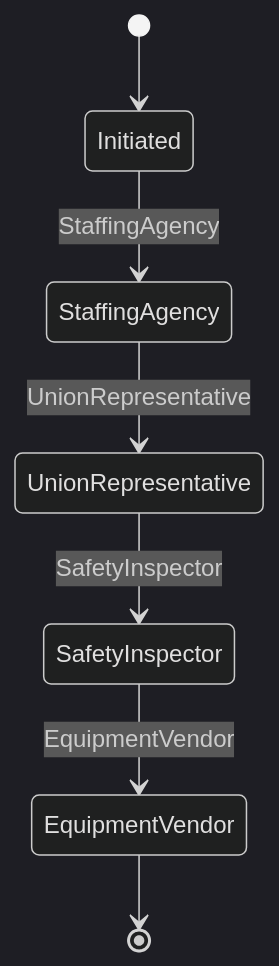
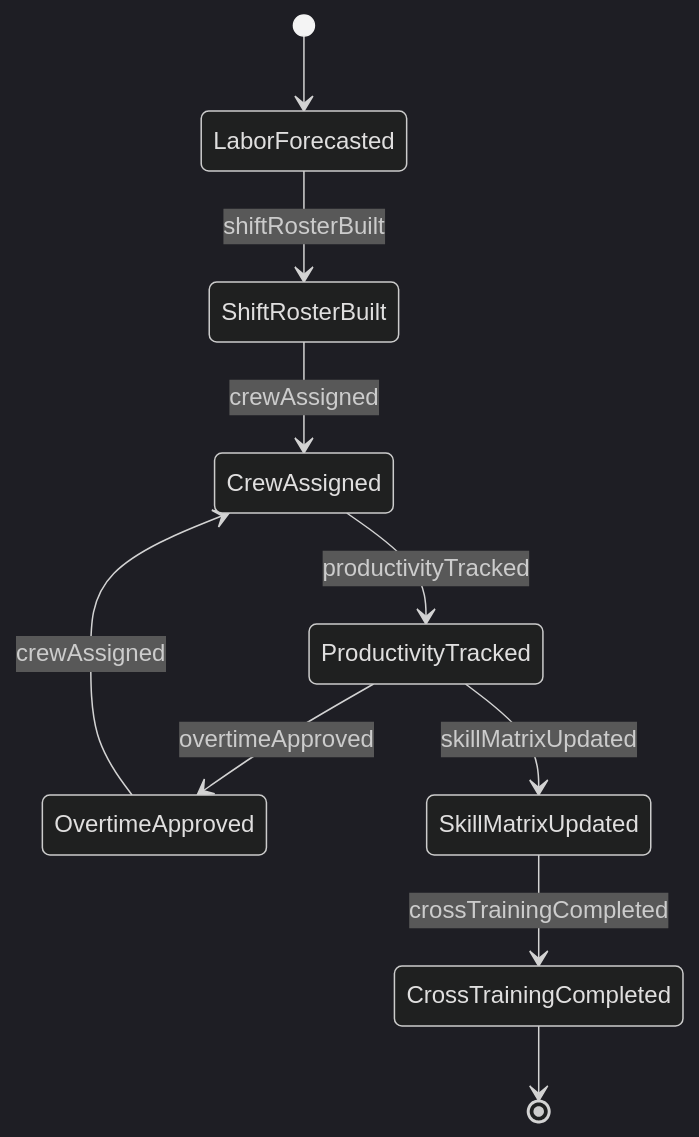
One commit to dot-org-ai/tasks.org.ai changed the second of 4 diagrams in GuidingDirectingAndMotivatingSubordinates/DirectOrganizationalOperationsActivitiesOrProcedures/CoordinateActivitiesProductionPersonnel.mdx. Above: the diagram before and after it, drawn with Mermaid (dark theme). The commit also changed other lines of this file and 515 other files, not shown here.

````diff
--- a/GuidingDirectingAndMotivatingSubordinates/DirectOrganizationalOperationsActivitiesOrProcedures/CoordinateActivitiesProductionPersonnel.mdx
+++ b/GuidingDirectingAndMotivatingSubordinates/DirectOrganizationalOperationsActivitiesOrProcedures/CoordinateActivitiesProductionPersonnel.mdx
@@ -99,9 +102,12 @@
 ```mermaid
 stateDiagram-v2
-    [*] --> Initiated
-    Initiated --> StaffingAgency: StaffingAgency
-    StaffingAgency --> UnionRepresentative: UnionRepresentative
-    UnionRepresentative --> SafetyInspector: SafetyInspector
-    SafetyInspector --> EquipmentVendor: EquipmentVendor
-    EquipmentVendor --> [*]
+    [*] --> LaborForecasted
+    LaborForecasted --> ShiftRosterBuilt : shiftRosterBuilt
+    ShiftRosterBuilt --> CrewAssigned : crewAssigned
+    CrewAssigned --> ProductivityTracked : productivityTracked
+    ProductivityTracked --> OvertimeApproved : overtimeApproved
+    OvertimeApproved --> CrewAssigned : crewAssigned
+    ProductivityTracked --> SkillMatrixUpdated : skillMatrixUpdated
+    SkillMatrixUpdated --> CrossTrainingCompleted : crossTrainingCompleted
+    CrossTrainingCompleted --> [*]
 ```
````
